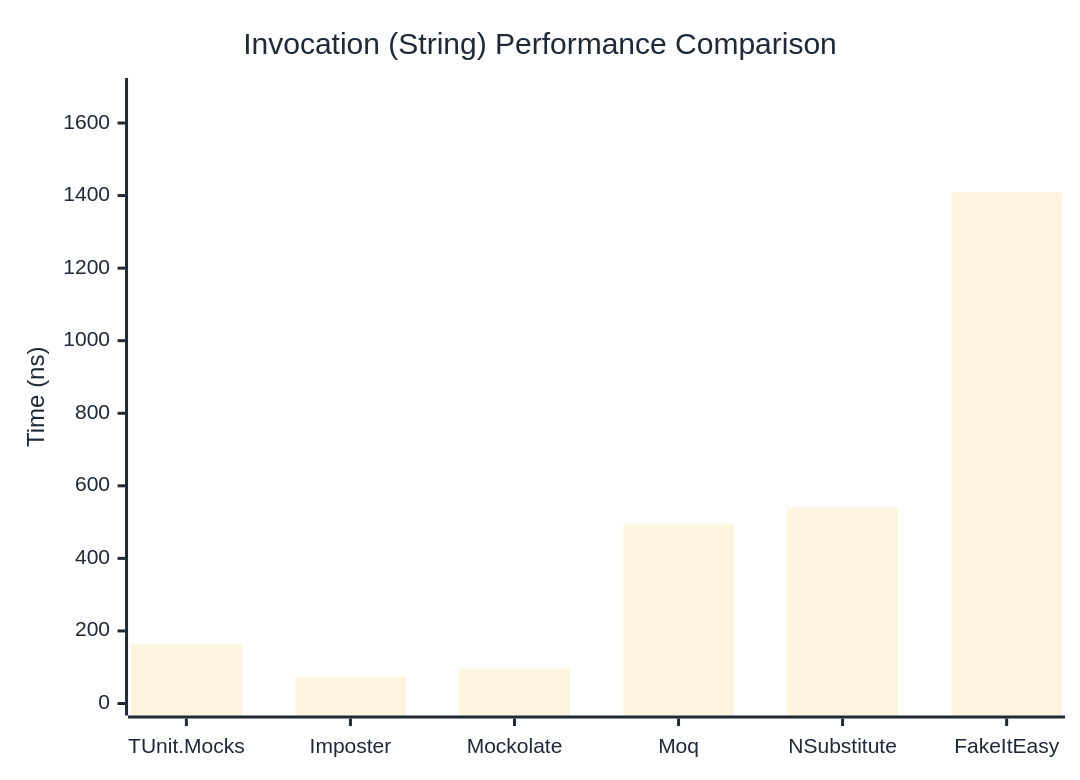
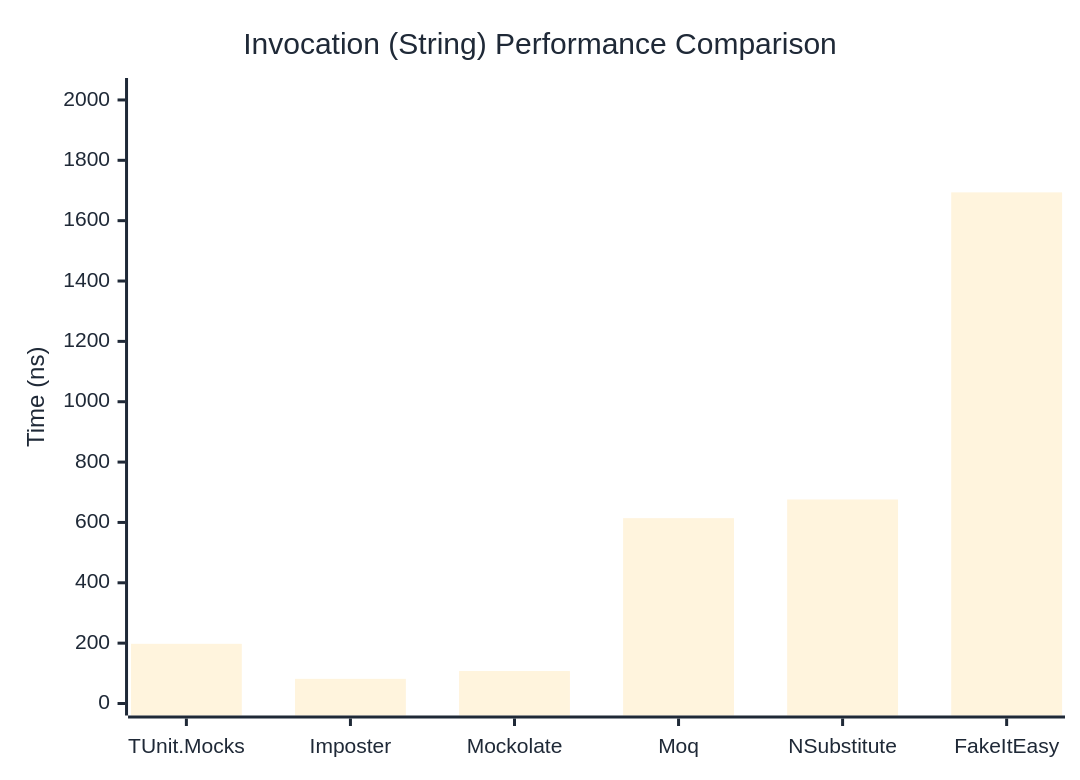
One commit to thomhurst/TUnit changed the second of 3 diagrams in docs/docs/benchmarks/mocks/Invocation.md. Above: the diagram before and after it, drawn with Mermaid. The commit also changed other lines of this file and 14 other files, not shown here.

````diff
--- a/docs/docs/benchmarks/mocks/Invocation.md
+++ b/docs/docs/benchmarks/mocks/Invocation.md
@@ -71,27 +71,27 @@
 ```mermaid
 %%{init: {
   'theme':'base',
   'themeVariables': {
     'primaryColor': '#2563eb',
     'primaryTextColor': '#1f2937',
     'primaryBorderColor': '#1e40af',
     'lineColor': '#6b7280',
     'secondaryColor': '#7c3aed',
     'tertiaryColor': '#dc2626',
     'background': '#ffffff',
     'pie1': '#2563eb',
     'pie2': '#7c3aed',
     'pie3': '#dc2626',
     'pie4': '#f59e0b',
     'pie5': '#10b981',
     'pie6': '#06b6d4',
     'pie7': '#ec4899',
     'pie8': '#6366f1'
   }
 }}%%
 xychart-beta
   title "Invocation (String) Performance Comparison"
   x-axis ["TUnit.Mocks", "Imposter", "Mockolate", "Moq", "NSubstitute", "FakeItEasy"]
-  y-axis "Time (ns)" 0 --> 1691
-  bar [164.15, 73.66, 96.24, 494, 540.84, 1409.12]
+  y-axis "Time (ns)" 0 --> 2033
+  bar [197.72, 81.72, 107.6, 614.21, 676.13, 1693.8]
 ```
````
